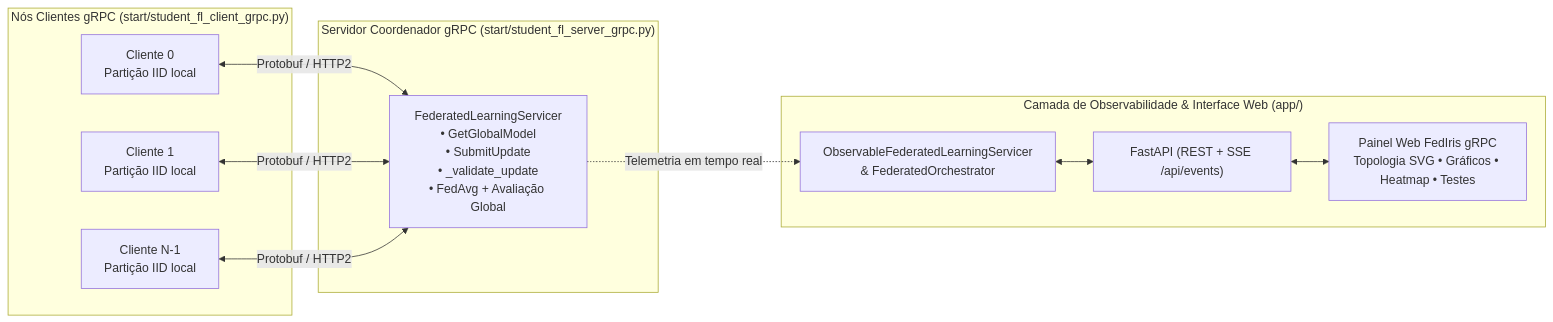
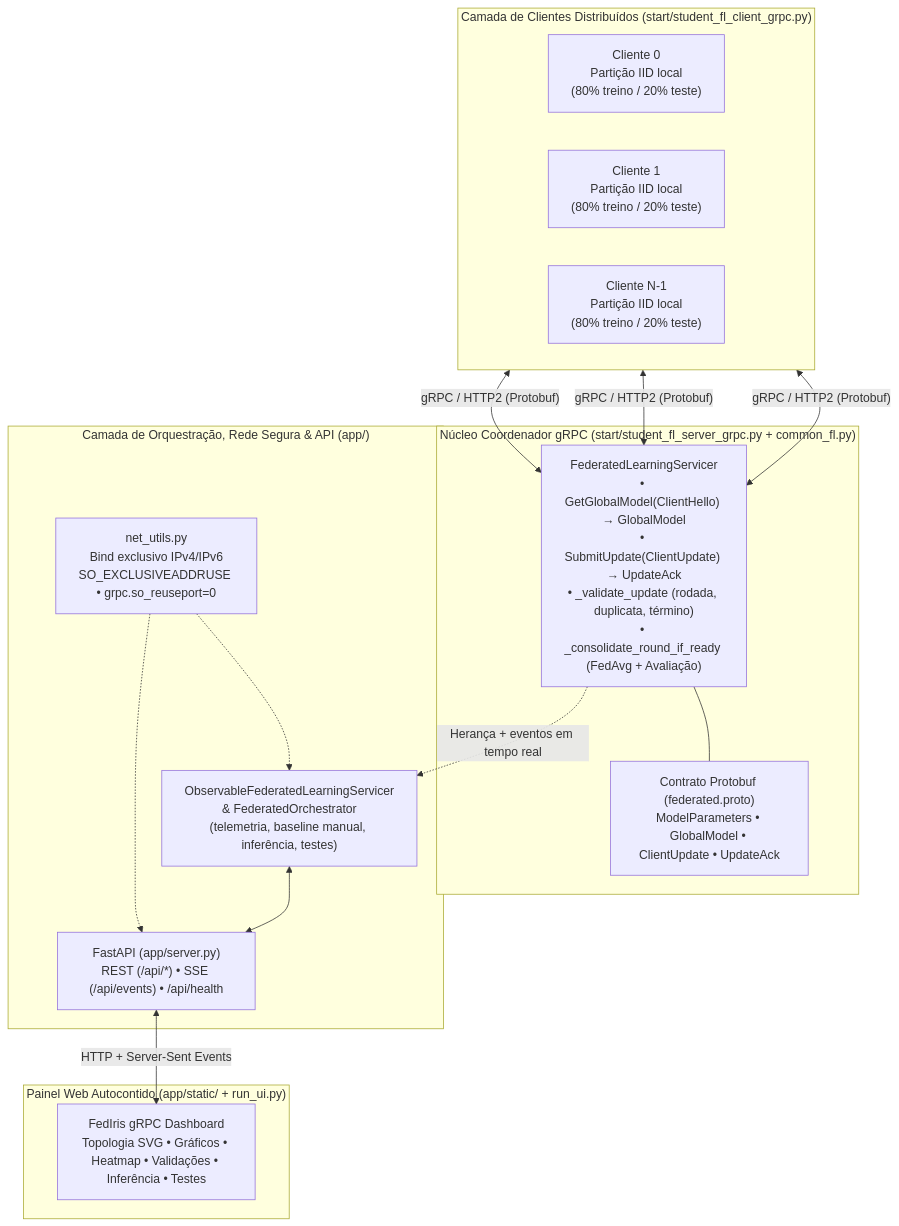
Before and after one commit to felpsrib/aprendizagem-federada-grpc: the first of 2 diagrams in README.md, drawn with Mermaid. The commit also changed other lines of this file and 12 other files, not shown here.

Commit message:
feat: adiciona protecao de portas, diagramas de arquitetura e capturas das telas no README

````diff
--- a/README.md
+++ b/README.md
@@ -48,25 +48,34 @@
 ```mermaid
-flowchart LR
-    subgraph Clients["Nós Clientes gRPC (start/student_fl_client_grpc.py)"]
-        C0["Cliente 0\nPartição IID local"]
-        C1["Cliente 1\nPartição IID local"]
-        CN["Cliente N-1\nPartição IID local"]
+flowchart TB
+    subgraph ClientLayer["Camada de Clientes Distribuídos (start/student_fl_client_grpc.py)"]
+        direction LR
+        C0["Cliente 0\nPartição IID local\n(80% treino / 20% teste)"]
+        C1["Cliente 1\nPartição IID local\n(80% treino / 20% teste)"]
+        CN["Cliente N-1\nPartição IID local\n(80% treino / 20% teste)"]
     end
 
-    subgraph Core["Servidor Coordenador gRPC (start/student_fl_server_grpc.py)"]
-        SRV["FederatedLearningServicer\n• GetGlobalModel\n• SubmitUpdate\n• _validate_update\n• FedAvg + Avaliação Global"]
+    subgraph GrpcCore["Núcleo Coordenador gRPC (start/student_fl_server_grpc.py + common_fl.py)"]
+        SRV["FederatedLearningServicer\n• GetGlobalModel(ClientHello) → GlobalModel\n• SubmitUpdate(ClientUpdate) → UpdateAck\n• _validate_update (rodada, duplicata, término)\n• _consolidate_round_if_ready (FedAvg + Avaliação)"]
+        PROTO["Contrato Protobuf (federated.proto)\nModelParameters • GlobalModel • ClientUpdate • UpdateAck"]
+        SRV --- PROTO
     end
 
-    subgraph UI["Camada de Observabilidade & Interface Web (app/)"]
-        ORC["ObservableFederatedLearningServicer\n& FederatedOrchestrator"]
-        API["FastAPI (REST + SSE /api/events)"]
-        WEB["Painel Web FedIris gRPC\nTopologia SVG • Gráficos • Heatmap • Testes"]
+    subgraph AppLayer["Camada de Orquestração, Rede Segura & API (app/)"]
+        ORC["ObservableFederatedLearningServicer\n& FederatedOrchestrator\n(telemetria, baseline manual, inferência, testes)"]
+        NET["net_utils.py\nBind exclusivo IPv4/IPv6\nSO_EXCLUSIVEADDRUSE • grpc.so_reuseport=0"]
+        API["FastAPI (app/server.py)\nREST (/api/*) • SSE (/api/events) • /api/health"]
+        ORC <--> API
+        NET -.-> ORC
+        NET -.-> API
     end
 
-    C0 <-->|"Protobuf / HTTP2"| SRV
-    C1 <-->|"Protobuf / HTTP2"| SRV
-    CN <-->|"Protobuf / HTTP2"| SRV
-    SRV -.->|"Telemetria em tempo real"| ORC
-    ORC <--> API
-    API <--> WEB
+    subgraph Frontend["Painel Web Autocontido (app/static/ + run_ui.py)"]
+        UI["FedIris gRPC Dashboard\nTopologia SVG • Gráficos • Heatmap • Validações • Inferência • Testes"]
+    end
+
+    C0 <-->|"gRPC / HTTP2 (Protobuf)"| SRV
+    C1 <-->|"gRPC / HTTP2 (Protobuf)"| SRV
+    CN <-->|"gRPC / HTTP2 (Protobuf)"| SRV
+    SRV -.->|"Herança + eventos em tempo real"| ORC
+    API <-->|"HTTP + Server-Sent Events"| UI
 ```
````
